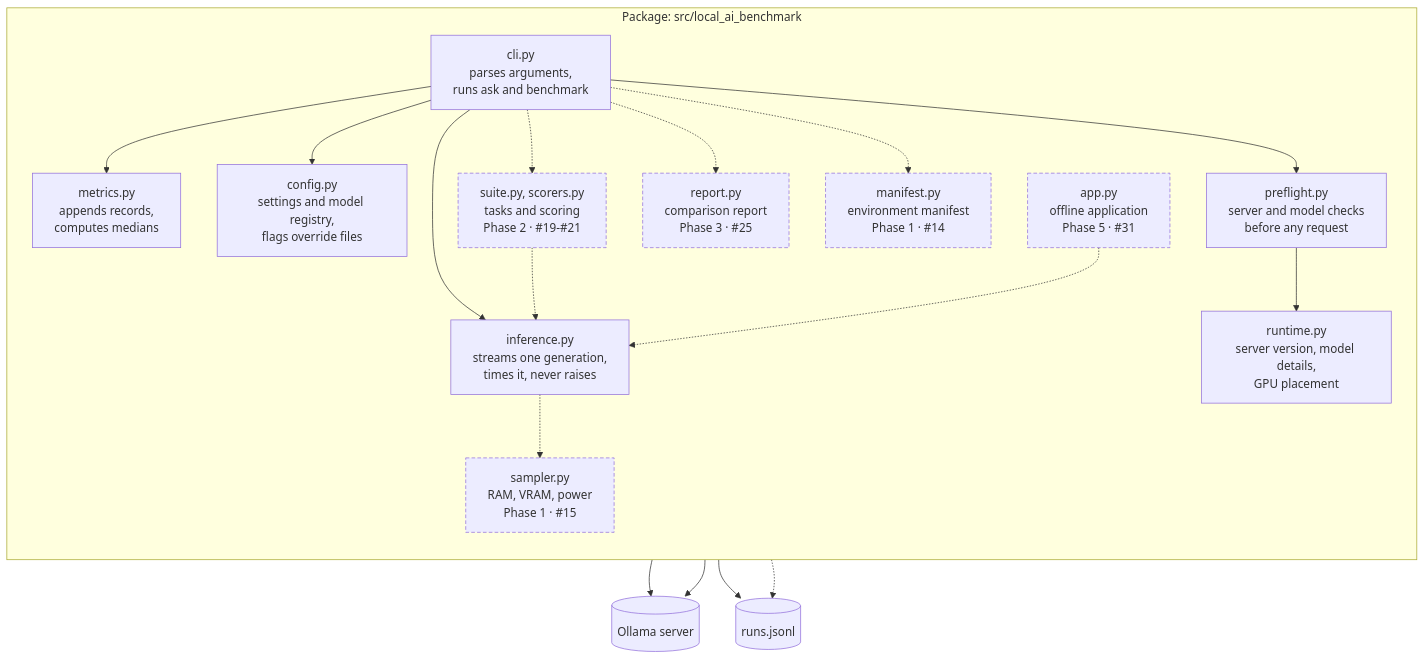
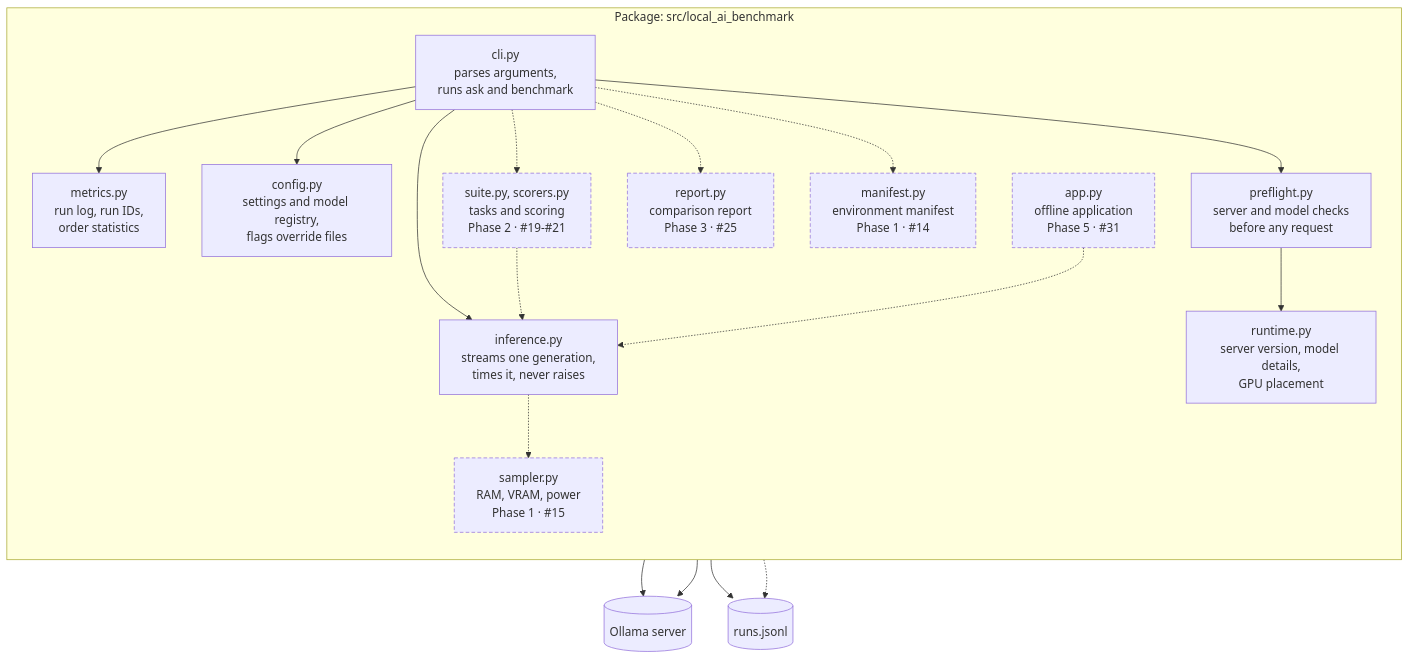
The second of 3 diagrams in docs/architecture.md (saicharan-nidiganti/local-ai-benchmark), drawn with Mermaid before and after one commit. The commit also changed other lines of this file and 10 other files, not shown here.

````diff
--- a/docs/architecture.md
+++ b/docs/architecture.md
@@ -50,35 +50,35 @@
 ```mermaid
 flowchart TB
     subgraph pkg["Package: src/local_ai_benchmark"]
         direction TB
         cli["cli.py<br/>parses arguments,<br/>runs ask and benchmark"]
         inference["inference.py<br/>streams one generation,<br/>times it, never raises"]
-        metrics["metrics.py<br/>appends records,<br/>computes medians"]
+        metrics["metrics.py<br/>run log, run IDs,<br/>order statistics"]
         config["config.py<br/>settings and model registry,<br/>flags override files"]
         preflight["preflight.py<br/>server and model checks<br/>before any request"]
         runtimeq["runtime.py<br/>server version, model details,<br/>GPU placement"]
         manifest["manifest.py<br/>environment manifest<br/>Phase 1 · #14"]:::planned
         sampler["sampler.py<br/>RAM, VRAM, power<br/>Phase 1 · #15"]:::planned
         suite["suite.py, scorers.py<br/>tasks and scoring<br/>Phase 2 · #19-#21"]:::planned
         report["report.py<br/>comparison report<br/>Phase 3 · #25"]:::planned
         app["app.py<br/>offline application<br/>Phase 5 · #31"]:::planned
     end
     ollama[("Ollama server")]
     log[("runs.jsonl")]
     cli --> inference
     cli --> metrics
     inference --> ollama
     metrics --> log
     cli --> config
     cli --> preflight
     preflight --> runtimeq
     runtimeq --> ollama
     cli -.-> suite
     cli -.-> report
     inference -.-> sampler
     cli -.-> manifest
     suite -.-> inference
     report -.-> log
     app -.-> inference
     classDef planned stroke-dasharray: 5 3
 ```
````
